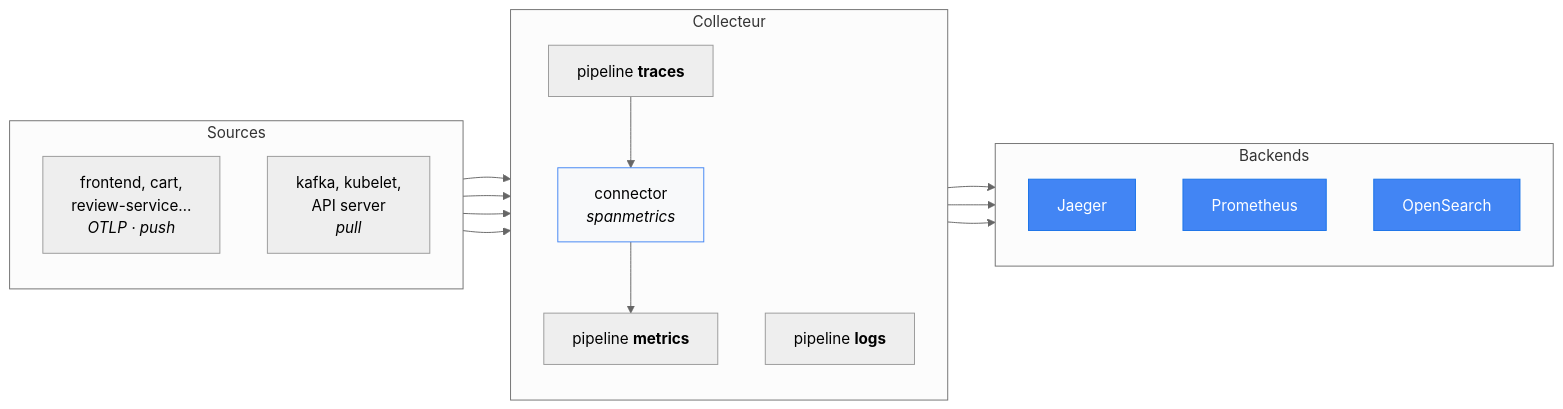
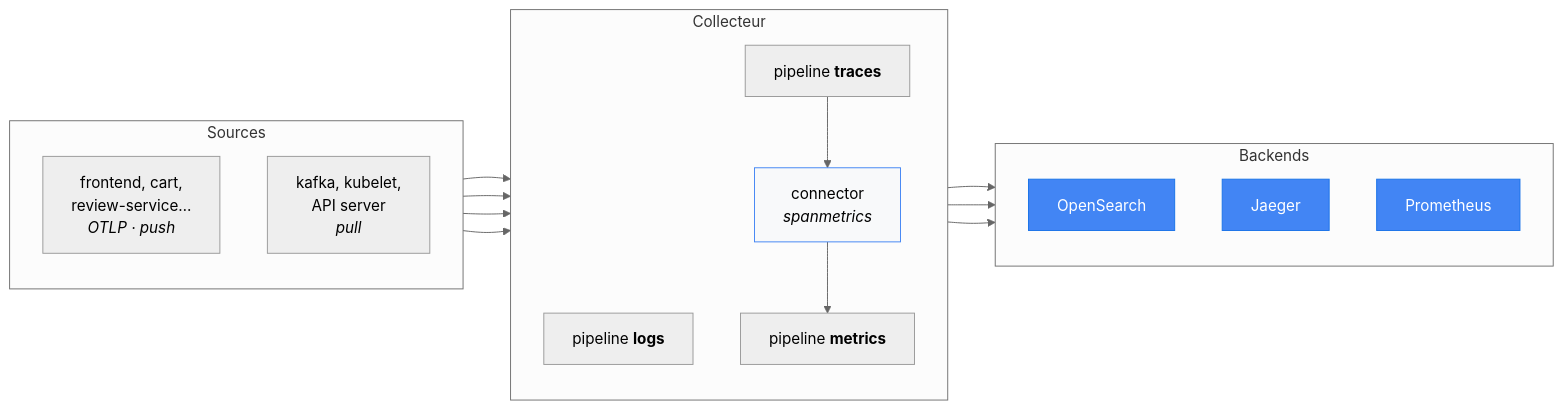
One commit to k8s-school/otel-labs changed the diagram in slides/images/src/collecteur-demo.mmd. Above: the diagram before and after it, drawn with Mermaid (neutral theme). The commit also changed other lines of this file and 4 other files, not shown here.

```diff
--- a/slides/images/src/collecteur-demo.mmd
+++ b/slides/images/src/collecteur-demo.mmd
@@ -1,31 +1,31 @@
 flowchart LR
   subgraph SRC["Sources"]
     direction TB
     APPS["frontend, cart,<br/>review-service…<br/><i>OTLP · push</i>"]
     INFRA["kafka, kubelet,<br/>API server<br/><i>pull</i>"]
   end
   subgraph COL["Collecteur"]
     direction TB
+    L["pipeline <b>logs</b>"]
     T["pipeline <b>traces</b>"]
     SM["connector<br/><i>spanmetrics</i>"]
     M["pipeline <b>metrics</b>"]
-    L["pipeline <b>logs</b>"]
   end
   subgraph BE["Backends"]
     direction TB
+    OS["OpenSearch"]
     J["Jaeger"]
     P["Prometheus"]
-    OS["OpenSearch"]
   end
+  APPS --> L
   APPS --> T
   APPS --> M
-  APPS --> L
   INFRA --> M
   T --> SM --> M
+  L --> OS
   T --> J
   M --> P
-  L --> OS
   style SM fill:#f8f9fa,stroke:#4285f4
   style J fill:#4285f4,stroke:#1a73e8,color:#ffffff
   style P fill:#4285f4,stroke:#1a73e8,color:#ffffff
   style OS fill:#4285f4,stroke:#1a73e8,color:#ffffff
```
